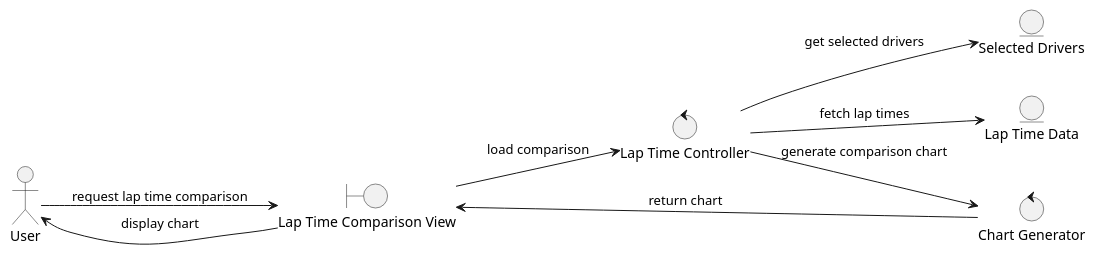
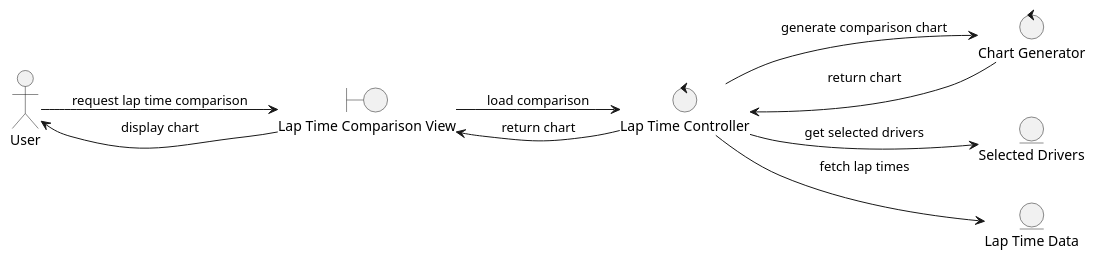
Before and after one commit to AnkitaVilasPimpalkar08/CSCI_6234_Spring_2026_G23: the diagram in Analysis/View_Lap_Time_Comparison.puml, drawn with PlantUML.

```diff
--- a/Analysis/View_Lap_Time_Comparison.puml
+++ b/Analysis/View_Lap_Time_Comparison.puml
@@ -1,21 +1,20 @@
 @startuml
 left to right direction
 skinparam backgroundColor white
 
 actor "User" as User
-
 boundary "Lap Time Comparison View" as GUI
 control "Lap Time Controller" as CTRL
 control "Chart Generator" as CHART
 entity "Selected Drivers" as DRIVERS
 entity "Lap Time Data" as DATA
 
 User --> GUI : request lap time comparison
 GUI --> CTRL : load comparison
-
 CTRL --> DRIVERS : get selected drivers
 CTRL --> DATA : fetch lap times
 CTRL --> CHART : generate comparison chart
-CHART --> GUI : return chart
+CHART --> CTRL : return chart
+CTRL --> GUI : return chart
 GUI --> User : display chart
 @enduml
```
